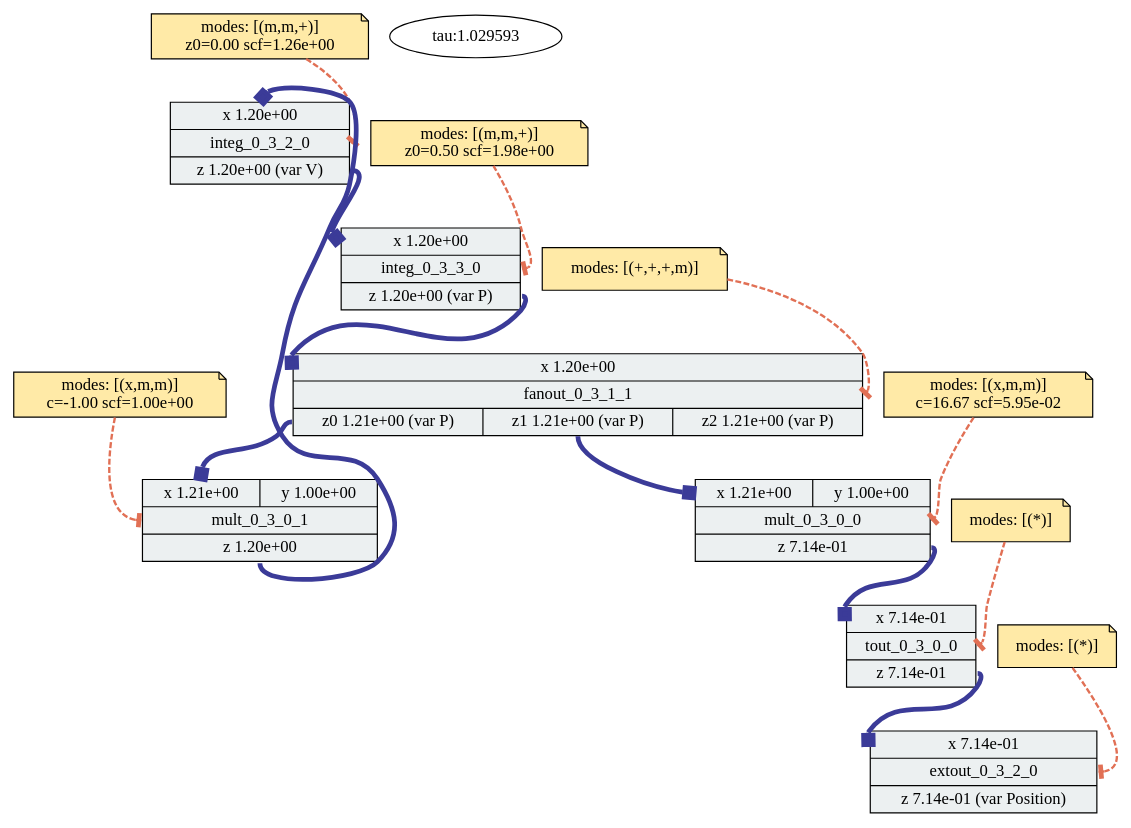
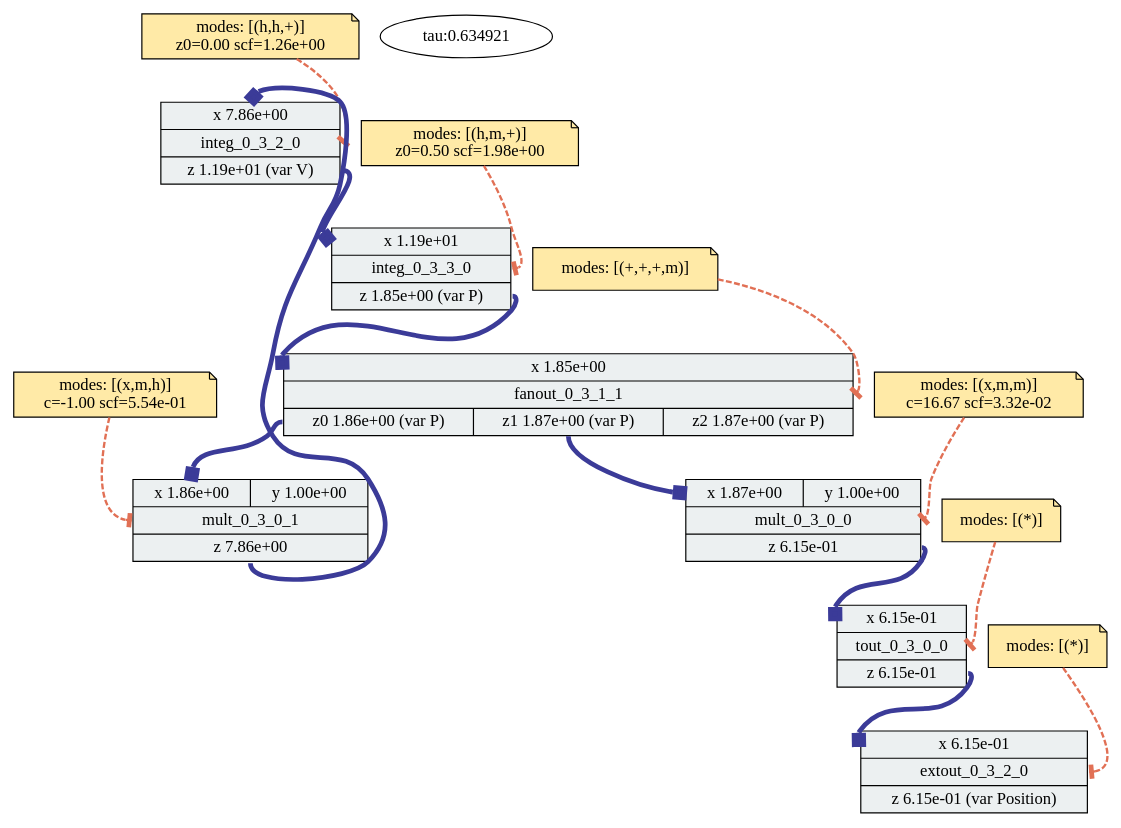
Before and after one commit to sarachour/hcdc-characterization-data: the diagram in c2/outputs/legno/unrestricted/cos/lscale-diag/cos_g2_s2_phys_qty_best_c2.dot, drawn with Graphviz. The commit also changed 268 other files, not shown here.

```diff
--- a/c2/outputs/legno/unrestricted/cos/lscale-diag/cos_g2_s2_phys_qty_best_c2.dot
+++ b/c2/outputs/legno/unrestricted/cos/lscale-diag/cos_g2_s2_phys_qty_best_c2.dot
@@ -1,67 +1,67 @@
 digraph "adp-viz" {
 	graph [overlap=false splines=true]
 	shape=record
 	integ_0_3_2_0 [label="{{<x> x
- 1.20e+00} |<block> integ_0_3_2_0| {<z> z
- 1.20e+00
+ 7.86e+00} |<block> integ_0_3_2_0| {<z> z
+ 1.19e+01
  (var V)}}" fillcolor="#ecf0f1" shape=record style=filled]
-	"integ_0_3_2_0-config" [label="\modes: [(m,m,+)]
+	"integ_0_3_2_0-config" [label="\modes: [(h,h,+)]
 z0=0.00 scf=1.26e+00" fillcolor="#ffeaa7" shape=note style=filled]
 	"integ_0_3_2_0-config" -> integ_0_3_2_0:block [arrowhead=tee arrowtail=normal color="#e17055" penwidth=2 style=dashed]
 	shape=record
 	integ_0_3_3_0 [label="{{<x> x
- 1.20e+00} |<block> integ_0_3_3_0| {<z> z
- 1.20e+00
+ 1.19e+01} |<block> integ_0_3_3_0| {<z> z
+ 1.85e+00
  (var P)}}" fillcolor="#ecf0f1" shape=record style=filled]
-	"integ_0_3_3_0-config" [label="\modes: [(m,m,+)]
+	"integ_0_3_3_0-config" [label="\modes: [(h,m,+)]
 z0=0.50 scf=1.98e+00" fillcolor="#ffeaa7" shape=note style=filled]
 	"integ_0_3_3_0-config" -> integ_0_3_3_0:block [arrowhead=tee arrowtail=normal color="#e17055" penwidth=2 style=dashed]
 	shape=record
 	mult_0_3_0_1 [label="{{<x> x
- 1.21e+00|<y> y
+ 1.86e+00|<y> y
  1.00e+00} |<block> mult_0_3_0_1| {<z> z
- 1.20e+00}}" fillcolor="#ecf0f1" shape=record style=filled]
-	"mult_0_3_0_1-config" [label="\modes: [(x,m,m)]
-c=-1.00 scf=1.00e+00" fillcolor="#ffeaa7" shape=note style=filled]
+ 7.86e+00}}" fillcolor="#ecf0f1" shape=record style=filled]
+	"mult_0_3_0_1-config" [label="\modes: [(x,m,h)]
+c=-1.00 scf=5.54e-01" fillcolor="#ffeaa7" shape=note style=filled]
 	"mult_0_3_0_1-config" -> mult_0_3_0_1:block [arrowhead=tee arrowtail=normal color="#e17055" penwidth=2 style=dashed]
 	shape=record
 	mult_0_3_0_0 [label="{{<x> x
- 1.21e+00|<y> y
+ 1.87e+00|<y> y
  1.00e+00} |<block> mult_0_3_0_0| {<z> z
- 7.14e-01}}" fillcolor="#ecf0f1" shape=record style=filled]
+ 6.15e-01}}" fillcolor="#ecf0f1" shape=record style=filled]
 	"mult_0_3_0_0-config" [label="\modes: [(x,m,m)]
-c=16.67 scf=5.95e-02" fillcolor="#ffeaa7" shape=note style=filled]
+c=16.67 scf=3.32e-02" fillcolor="#ffeaa7" shape=note style=filled]
 	"mult_0_3_0_0-config" -> mult_0_3_0_0:block [arrowhead=tee arrowtail=normal color="#e17055" penwidth=2 style=dashed]
 	shape=record
 	extout_0_3_2_0 [label="{{<x> x
- 7.14e-01} |<block> extout_0_3_2_0| {<z> z
- 7.14e-01
+ 6.15e-01} |<block> extout_0_3_2_0| {<z> z
+ 6.15e-01
  (var Position)}}" fillcolor="#ecf0f1" shape=record style=filled]
 	"extout_0_3_2_0-config" [label="\modes: [(*)]" fillcolor="#ffeaa7" shape=note style=filled]
 	"extout_0_3_2_0-config" -> extout_0_3_2_0:block [arrowhead=tee arrowtail=normal color="#e17055" penwidth=2 style=dashed]
 	shape=record
 	fanout_0_3_1_1 [label="{{<x> x
- 1.20e+00} |<block> fanout_0_3_1_1| {<z0> z0
- 1.21e+00
+ 1.85e+00} |<block> fanout_0_3_1_1| {<z0> z0
+ 1.86e+00
  (var P)|<z1> z1
- 1.21e+00
+ 1.87e+00
  (var P)|<z2> z2
- 1.21e+00
+ 1.87e+00
  (var P)}}" fillcolor="#ecf0f1" shape=record style=filled]
 	"fanout_0_3_1_1-config" [label="\modes: [(+,+,+,m)]" fillcolor="#ffeaa7" shape=note style=filled]
 	"fanout_0_3_1_1-config" -> fanout_0_3_1_1:block [arrowhead=tee arrowtail=normal color="#e17055" penwidth=2 style=dashed]
 	shape=record
 	tout_0_3_0_0 [label="{{<x> x
- 7.14e-01} |<block> tout_0_3_0_0| {<z> z
- 7.14e-01}}" fillcolor="#ecf0f1" shape=record style=filled]
+ 6.15e-01} |<block> tout_0_3_0_0| {<z> z
+ 6.15e-01}}" fillcolor="#ecf0f1" shape=record style=filled]
 	"tout_0_3_0_0-config" [label="\modes: [(*)]" fillcolor="#ffeaa7" shape=note style=filled]
 	"tout_0_3_0_0-config" -> tout_0_3_0_0:block [arrowhead=tee arrowtail=normal color="#e17055" penwidth=2 style=dashed]
 	mult_0_3_0_1:z -> integ_0_3_2_0:x [arrowhead=box arrowtail=normal color="#3B3B98" penwidth=4]
 	mult_0_3_0_0:z -> tout_0_3_0_0:x [arrowhead=box arrowtail=normal color="#3B3B98" penwidth=4]
 	tout_0_3_0_0:z -> extout_0_3_2_0:x [arrowhead=box arrowtail=normal color="#3B3B98" penwidth=4]
 	integ_0_3_3_0:z -> fanout_0_3_1_1:x [arrowhead=box arrowtail=normal color="#3B3B98" penwidth=4]
 	fanout_0_3_1_1:z0 -> mult_0_3_0_1:x [arrowhead=box arrowtail=normal color="#3B3B98" penwidth=4]
 	fanout_0_3_1_1:z1 -> mult_0_3_0_0:x [arrowhead=box arrowtail=normal color="#3B3B98" penwidth=4]
 	integ_0_3_2_0:z -> integ_0_3_3_0:x [arrowhead=box arrowtail=normal color="#3B3B98" penwidth=4]
-	time_const [label="tau:1.029593"]
+	time_const [label="tau:0.634921"]
 }
```
